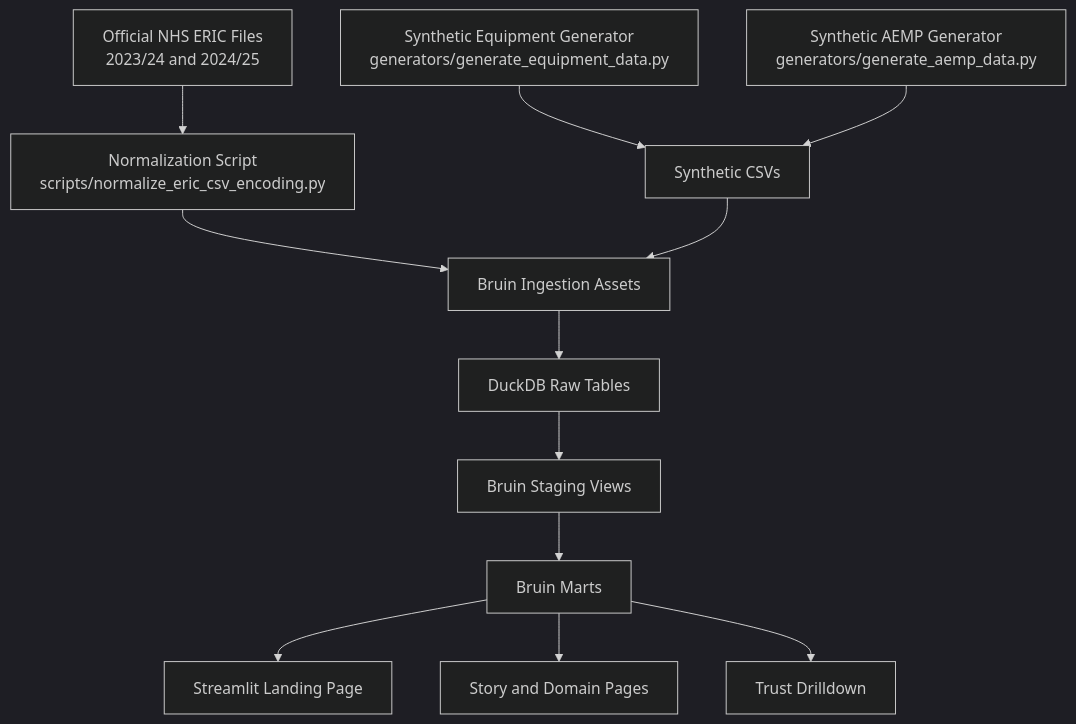
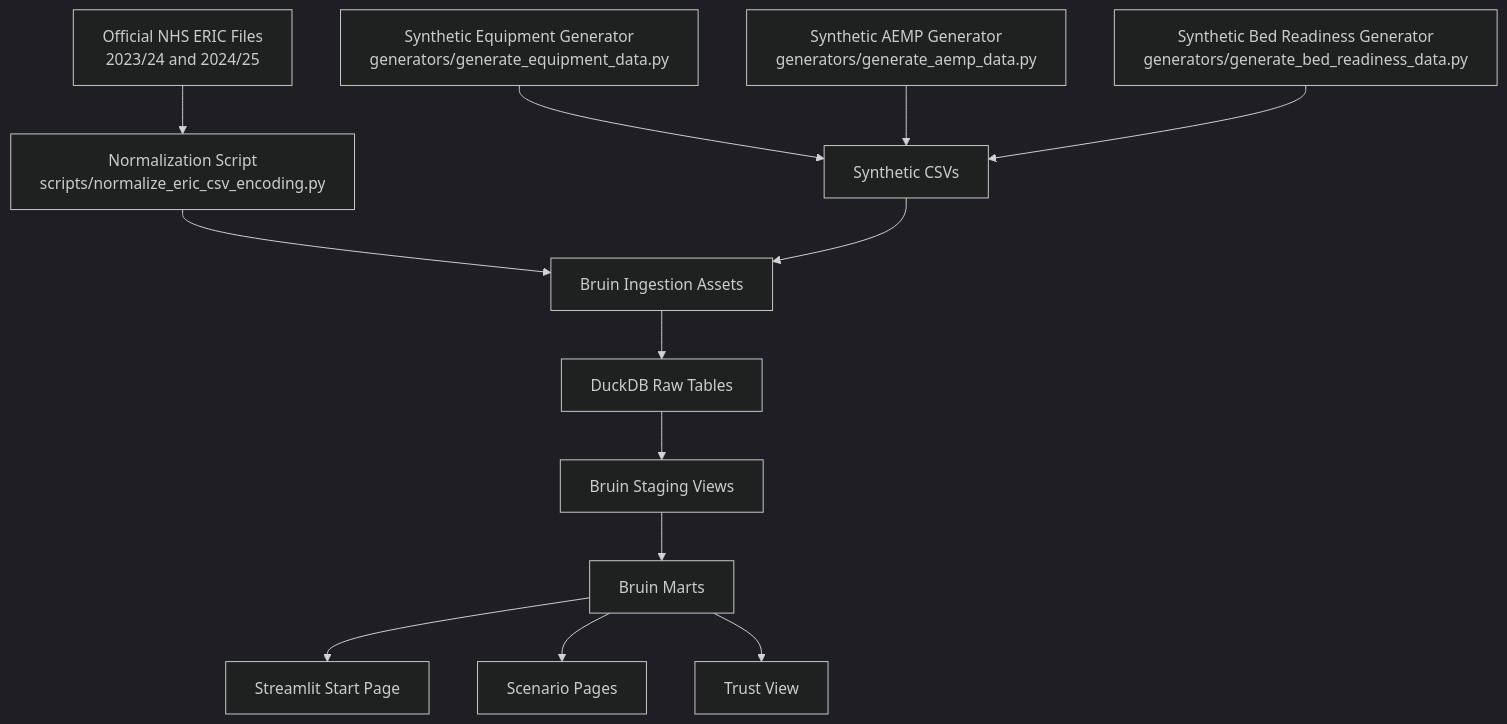
One commit to melekergin/hospital-fm-intelligence changed the diagram in docs/architecture.md. Above: the diagram before and after it, drawn with Mermaid (dark theme). The commit also changed other lines of this file and 2 other files, not shown here.

````diff
--- a/docs/architecture.md
+++ b/docs/architecture.md
@@ -14,14 +14,15 @@
 ```mermaid
 flowchart TD
     A["Official NHS ERIC Files<br/>2023/24 and 2024/25"] --> B["Normalization Script<br/>scripts/normalize_eric_csv_encoding.py"]
     C["Synthetic Equipment Generator<br/>generators/generate_equipment_data.py"] --> D["Synthetic CSVs"]
     E["Synthetic AEMP Generator<br/>generators/generate_aemp_data.py"] --> D
+    M["Synthetic Bed Readiness Generator<br/>generators/generate_bed_readiness_data.py"] --> D
     B --> F["Bruin Ingestion Assets"]
     D --> F
     F --> G["DuckDB Raw Tables"]
     G --> H["Bruin Staging Views"]
     H --> I["Bruin Marts"]
-    I --> J["Streamlit Landing Page"]
-    I --> K["Story and Domain Pages"]
-    I --> L["Trust Drilldown"]
+    I --> J["Streamlit Start Page"]
+    I --> K["Scenario Pages"]
+    I --> L["Trust View"]
 ```
````
